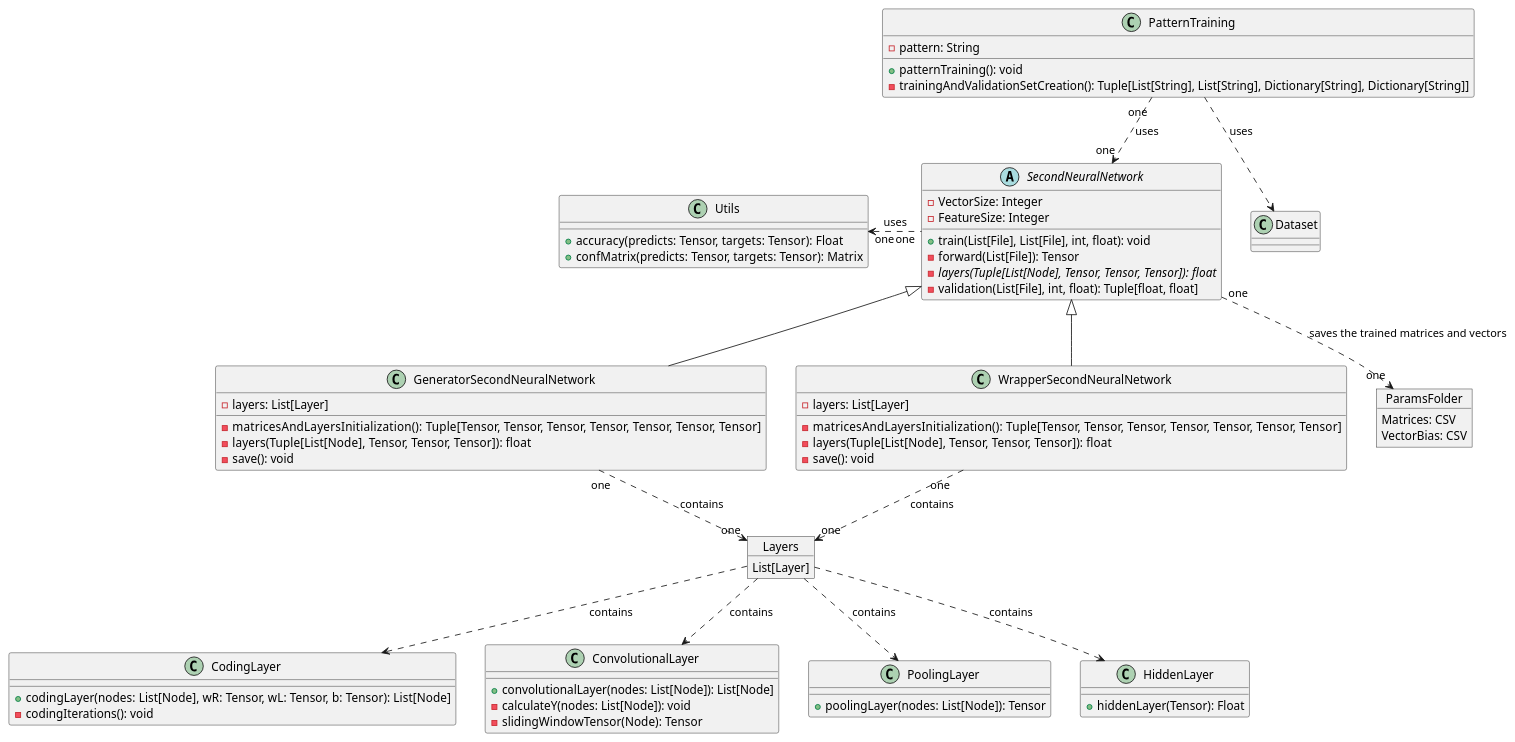
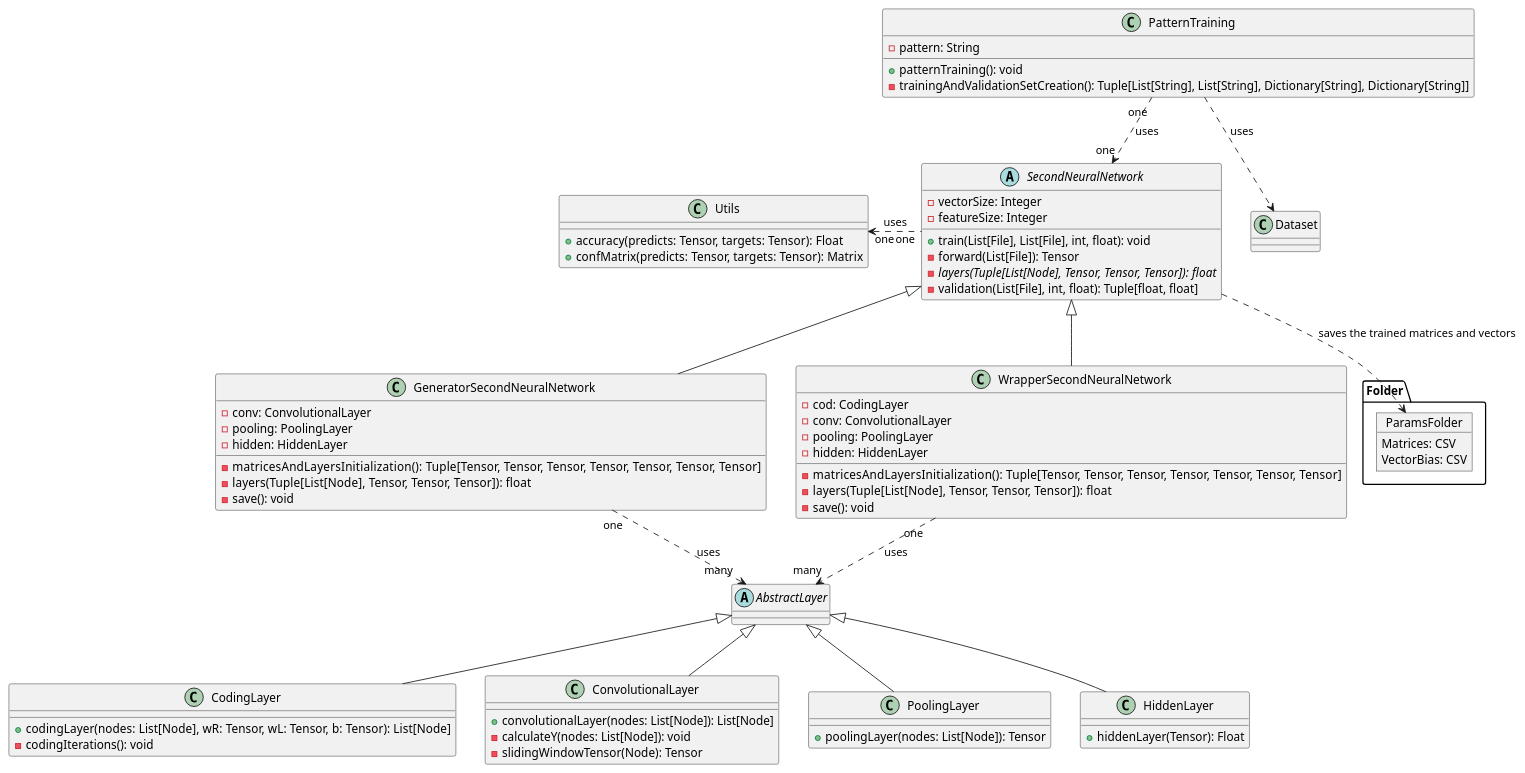
The diagram in documentation/class_diagrams/pattern_training.puml (a-domingu/tbcnn2), drawn with PlantUML before and after one commit. The commit also changed 7 other files, not shown here.

Commit message:
We modify the class diagrams and we add information in the markdowns.

```diff
--- a/documentation/class_diagrams/pattern_training.puml
+++ b/documentation/class_diagrams/pattern_training.puml
@@ -1,91 +1,95 @@
 @startuml Pattern_training-model
 
 class PatternTraining {
     - pattern: String
     + patternTraining(): void
     - trainingAndValidationSetCreation(): Tuple[List[String], List[String], Dictionary[String], Dictionary[String]]
 }
 
 
 ' Layers
-class CodingLayer {
+class CodingLayer extends AbstractLayer{
     + codingLayer(nodes: List[Node], wR: Tensor, wL: Tensor, b: Tensor): List[Node]
     - codingIterations(): void
 }
 
-class ConvolutionalLayer {
+class ConvolutionalLayer extends AbstractLayer{
     + convolutionalLayer(nodes: List[Node]): List[Node]
     - calculateY(nodes: List[Node]): void
     - slidingWindowTensor(Node): Tensor
 }
 
 
-class PoolingLayer {
+class PoolingLayer extends AbstractLayer{
     + poolingLayer(nodes: List[Node]): Tensor
 }
 
-class HiddenLayer{
+class HiddenLayer extends AbstractLayer{
     + hiddenLayer(Tensor): Float
+}
+
+abstract class AbstractLayer {
 }
 
 'Second Neural Network
 abstract class SecondNeuralNetwork {
-    - VectorSize: Integer
-    - FeatureSize: Integer 
+    - vectorSize: Integer
+    - featureSize: Integer 
     + train(List[File], List[File], int, float): void
     - forward(List[File]): Tensor
     - {abstract} layers(Tuple[List[Node], Tensor, Tensor, Tensor]): float
     - validation(List[File], int, float): Tuple[float, float]
 }
 
 class GeneratorSecondNeuralNetwork extends SecondNeuralNetwork {
-    - layers: List[Layer]
+    - conv: ConvolutionalLayer
+    - pooling: PoolingLayer
+    - hidden: HiddenLayer
     - matricesAndLayersInitialization(): Tuple[Tensor, Tensor, Tensor, Tensor, Tensor, Tensor, Tensor]
     - layers(Tuple[List[Node], Tensor, Tensor, Tensor]): float
     - save(): void
 }
 
+
 class WrapperSecondNeuralNetwork extends SecondNeuralNetwork {
-    - layers: List[Layer]
+    - cod: CodingLayer
+    - conv: ConvolutionalLayer
+    - pooling: PoolingLayer
+    - hidden: HiddenLayer
     - matricesAndLayersInitialization(): Tuple[Tensor, Tensor, Tensor, Tensor, Tensor, Tensor, Tensor]
     - layers(Tuple[List[Node], Tensor, Tensor, Tensor]): float
     - save(): void
 }
 
 class Dataset {
 
 }
 
-object Layers {
-    List[Layer]
-}
-
-object ParamsFolder{
-    Matrices: CSV
-    VectorBias: CSV
+package Folder <<Folder>> {
+    object ParamsFolder{
+        Matrices: CSV
+        VectorBias: CSV
+    }
 }
 
 
 class Utils{
     + accuracy(predicts: Tensor, targets: Tensor): Float
     + confMatrix(predicts: Tensor, targets: Tensor): Matrix
 }
 
 
 PatternTraining "one" ..> "one" SecondNeuralNetwork : uses
 PatternTraining ..> Dataset : uses
 SecondNeuralNetwork "one" .left.> "one" Utils : uses
 
-GeneratorSecondNeuralNetwork "one"..> "one" Layers: contains
-WrapperSecondNeuralNetwork "one"..> "one" Layers: contains
+GeneratorSecondNeuralNetwork "one"..> "many" AbstractLayer: uses
+WrapperSecondNeuralNetwork "one"..> "many" AbstractLayer: uses
 
-Layers ..> CodingLayer: contains
-Layers ..> ConvolutionalLayer: contains
-Layers ..> PoolingLayer: contains
-Layers ..> HiddenLayer: contains
 
-SecondNeuralNetwork "one" ..> "one" ParamsFolder: saves the trained matrices and vectors
+SecondNeuralNetwork  ..> ParamsFolder: saves the trained matrices and vectors
+
 
 
 
 @enduml
```
